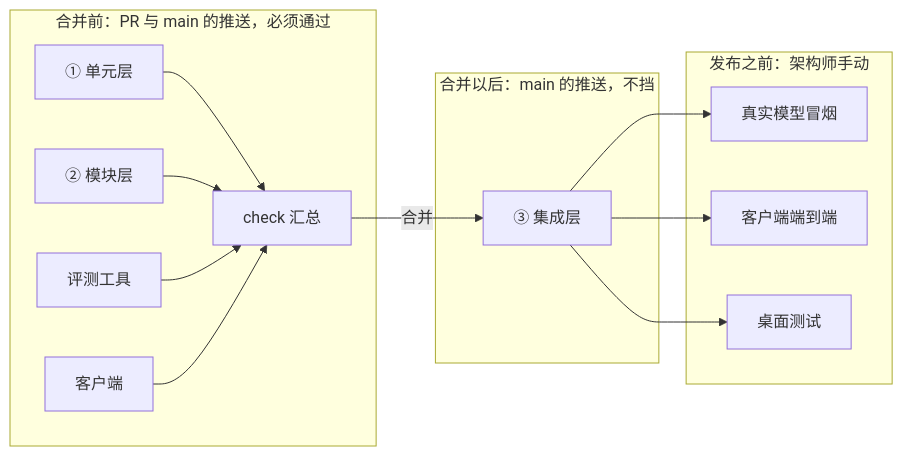
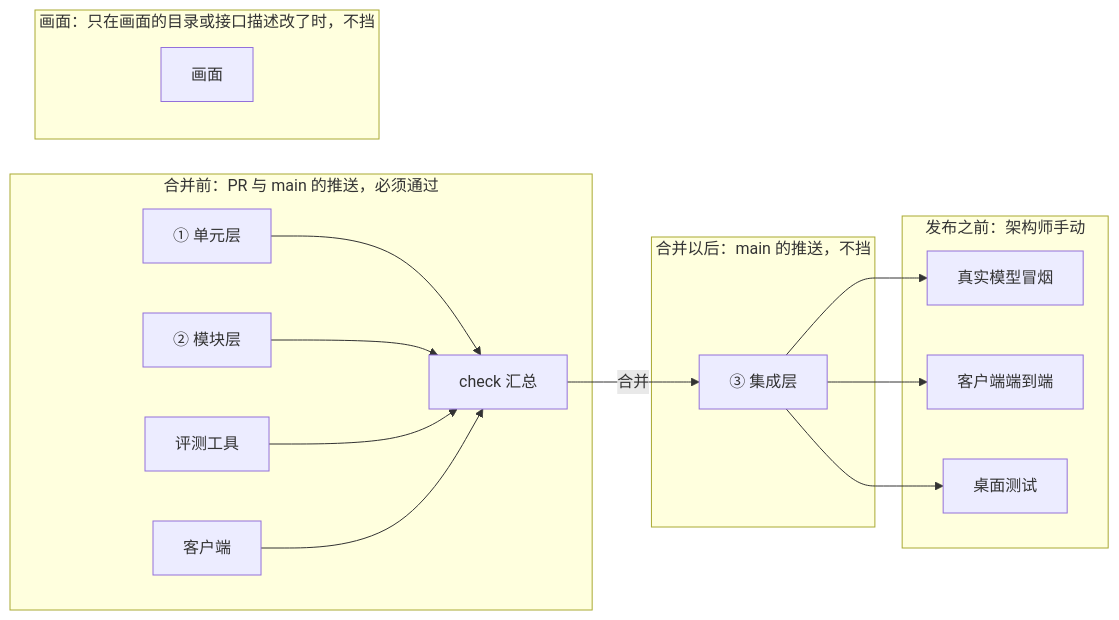
Before and after one commit to bender2333/yudao: the second of 3 diagrams in docs/design/test-pyramid.md, drawn with Mermaid. The commit also changed other lines of this file and 4 other files, not shown here.

````diff
--- a/docs/design/test-pyramid.md
+++ b/docs/design/test-pyramid.md
@@ -146,20 +148,23 @@
 ```mermaid
 flowchart LR
     subgraph pre [合并前：PR 与 main 的推送，必须通过]
         U[① 单元层] --> C[check 汇总]
         M[② 模块层] --> C
         E[评测工具] --> C
         K[客户端] --> C
+    end
+    subgraph viewjob [画面：只在画面的目录或接口描述改了时，不挡]
+        V[画面]
     end
     subgraph post [合并以后：main 的推送，不挡]
         I[③ 集成层]
     end
     subgraph release [发布之前：架构师手动]
         R[真实模型冒烟]
         W[客户端端到端]
         D[桌面测试]
     end
     C -- 合并 --> I --> R
     I --> W
     I --> D
 ```
````
